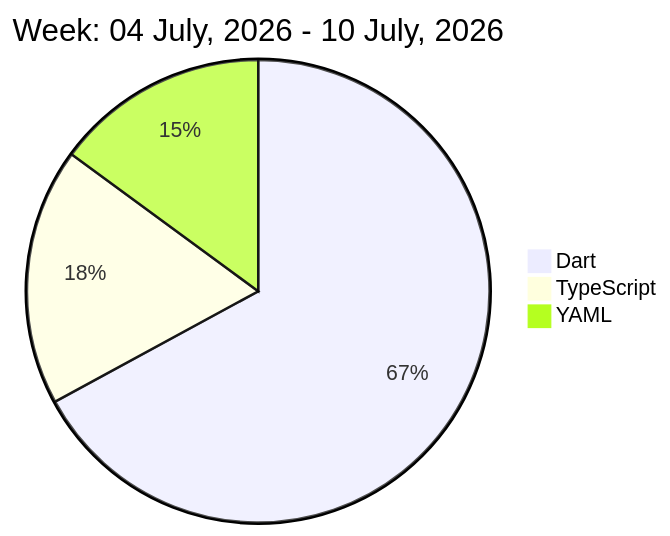
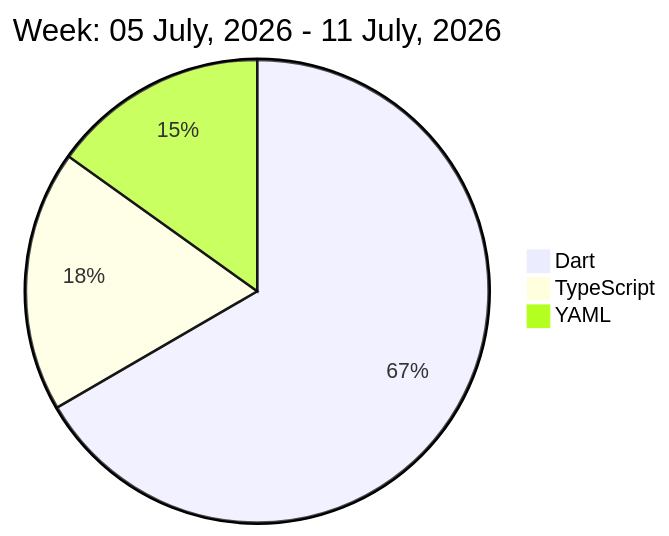
Before and after one commit to liubin95/liubin95: the diagram in README.md, drawn with Mermaid.

Commit message:
Updated the Graph with new Metrics

````diff
--- a/README.md
+++ b/README.md
@@ -32,7 +32,7 @@
 ```mermaid
  pie
-title Week: 04 July, 2026 - 10 July, 2026
- "Dart" : 10.43
+title Week: 05 July, 2026 - 11 July, 2026
+ "Dart" : 10.22
  "TypeScript" : 2.8
  "YAML" : 2.32
 ```
````
